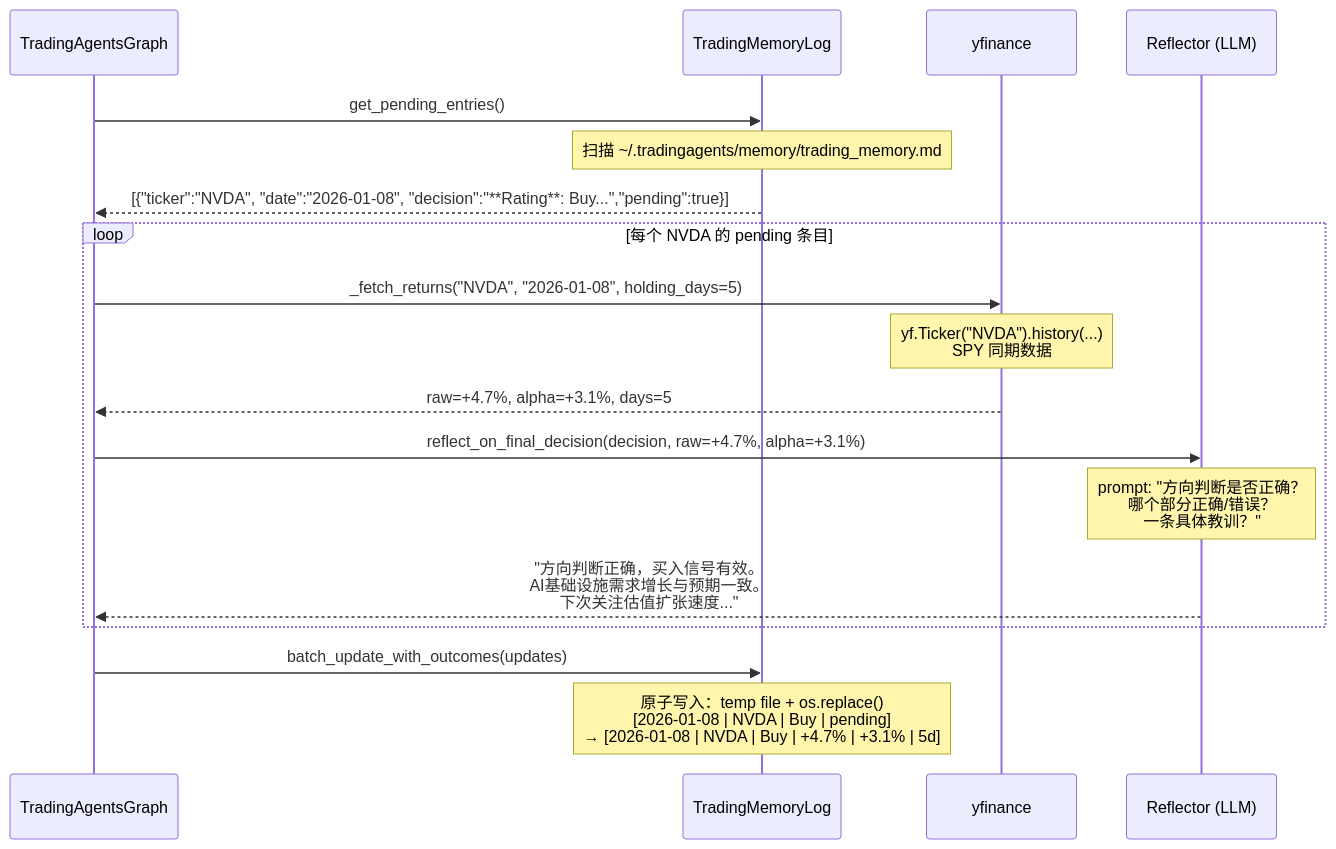
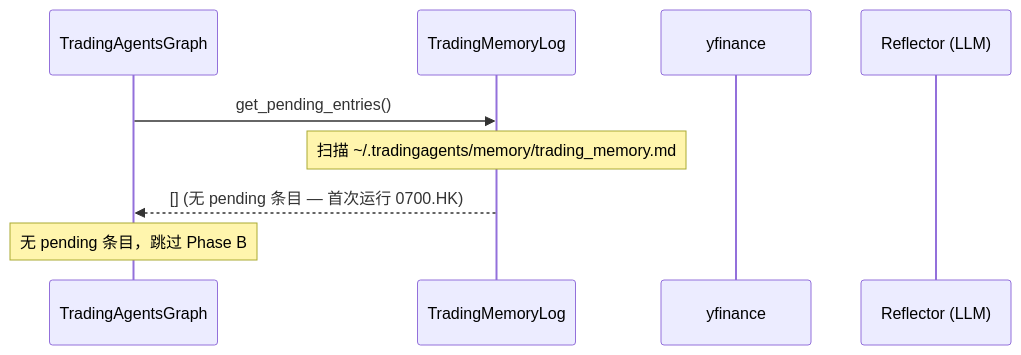
The third of 12 diagrams in docs/端到端案例文档.md (kindywu/TradingAgents), drawn with Mermaid before and after one commit. The commit also changed other lines of this file and 27 other files, not shown here.

````diff
--- a/docs/端到端案例文档.md
+++ b/docs/端到端案例文档.md
@@ -171,24 +171,13 @@
 ```mermaid
 sequenceDiagram
     participant TAG as TradingAgentsGraph
     participant ML as TradingMemoryLog
     participant YF as yfinance
     participant RF as Reflector (LLM)
 
     TAG->>ML: get_pending_entries()
     Note over ML: 扫描 ~/.tradingagents/memory/trading_memory.md
-    ML-->>TAG: [{"ticker":"NVDA", "date":"2026-01-08", "decision":"**Rating**: Buy...","pending":true}]
+    ML-->>TAG: [] (无 pending 条目 — 首次运行 0700.HK)
 
-    loop 每个 NVDA 的 pending 条目
-        TAG->>YF: _fetch_returns("NVDA", "2026-01-08", holding_days=5)
-        Note over YF: yf.Ticker("NVDA").history(...)<br/>SPY 同期数据
-        YF-->>TAG: raw=+4.7%, alpha=+3.1%, days=5
-
-        TAG->>RF: reflect_on_final_decision(decision, raw=+4.7%, alpha=+3.1%)
-        Note over RF: prompt: "方向判断是否正确？<br/>哪个部分正确/错误？<br/>一条具体教训？"
-        RF-->>TAG: "方向判断正确，买入信号有效。<br/>AI基础设施需求增长与预期一致。<br/>下次关注估值扩张速度..."
-    end
-
-    TAG->>ML: batch_update_with_outcomes(updates)
-    Note over ML: 原子写入：temp file + os.replace()<br/>[2026-01-08 | NVDA | Buy | pending]<br/>→ [2026-01-08 | NVDA | Buy | +4.7% | +3.1% | 5d]
+    Note over TAG: 无 pending 条目，跳过 Phase B
 ```
````
